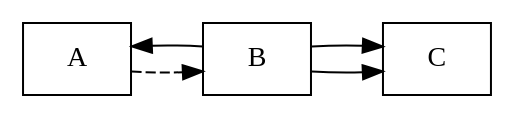
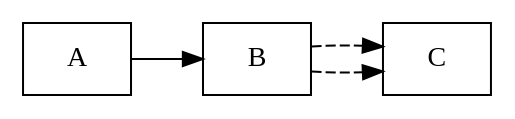
Before and after one commit to rauc-lab/being: the first of 4 diagrams in docs/concepts.rst, drawn with Graphviz. The commit also changed other lines of this file and 4 other files, not shown here.

```diff
--- a/docs/concepts.rst
+++ b/docs/concepts.rst
@@ -12,12 +12,12 @@
 .. digraph:: someblocks
    :align: center
    :alt: Some connected blocks.
    :caption: Some connected blocks.
    :name: Some connected blocks.
 
    node [shape=box];
    rankdir="LR"
-   A -> B [style=dashed];
-   B -> A;
-   B -> C;
-   B -> C;
+
+   A -> B;
+   B -> C [style=dashed];
+   B -> C [style=dashed];
```
